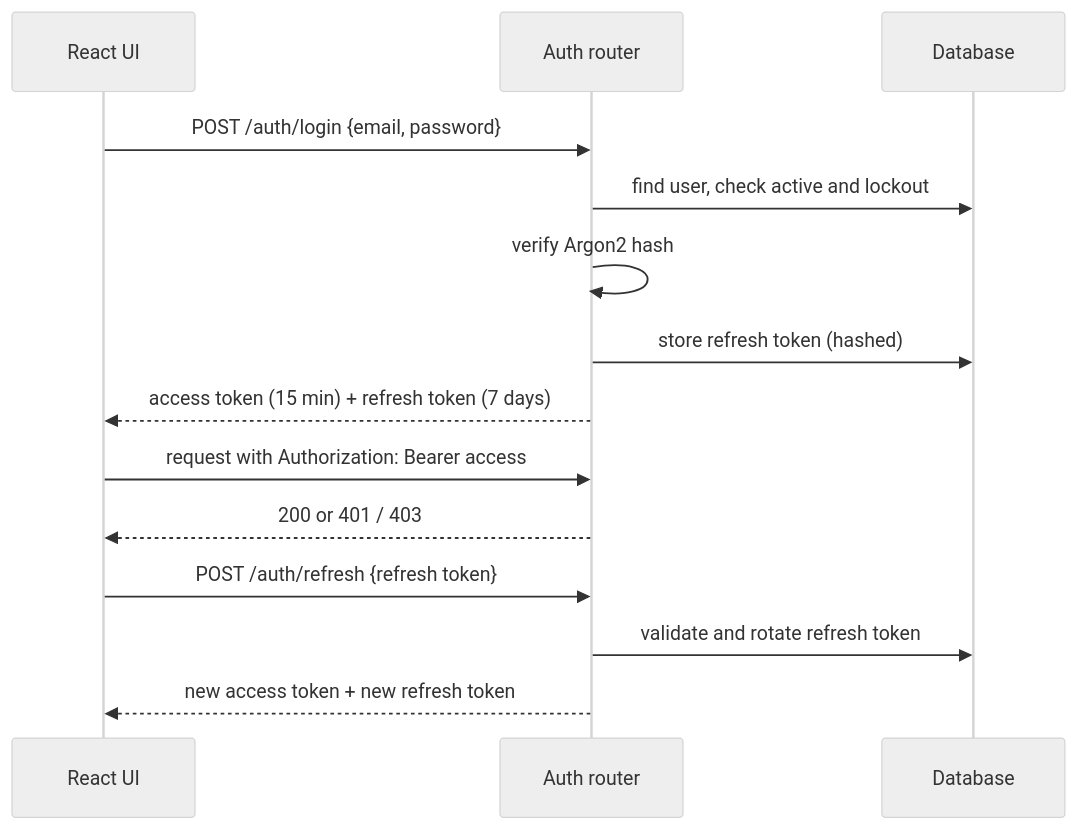
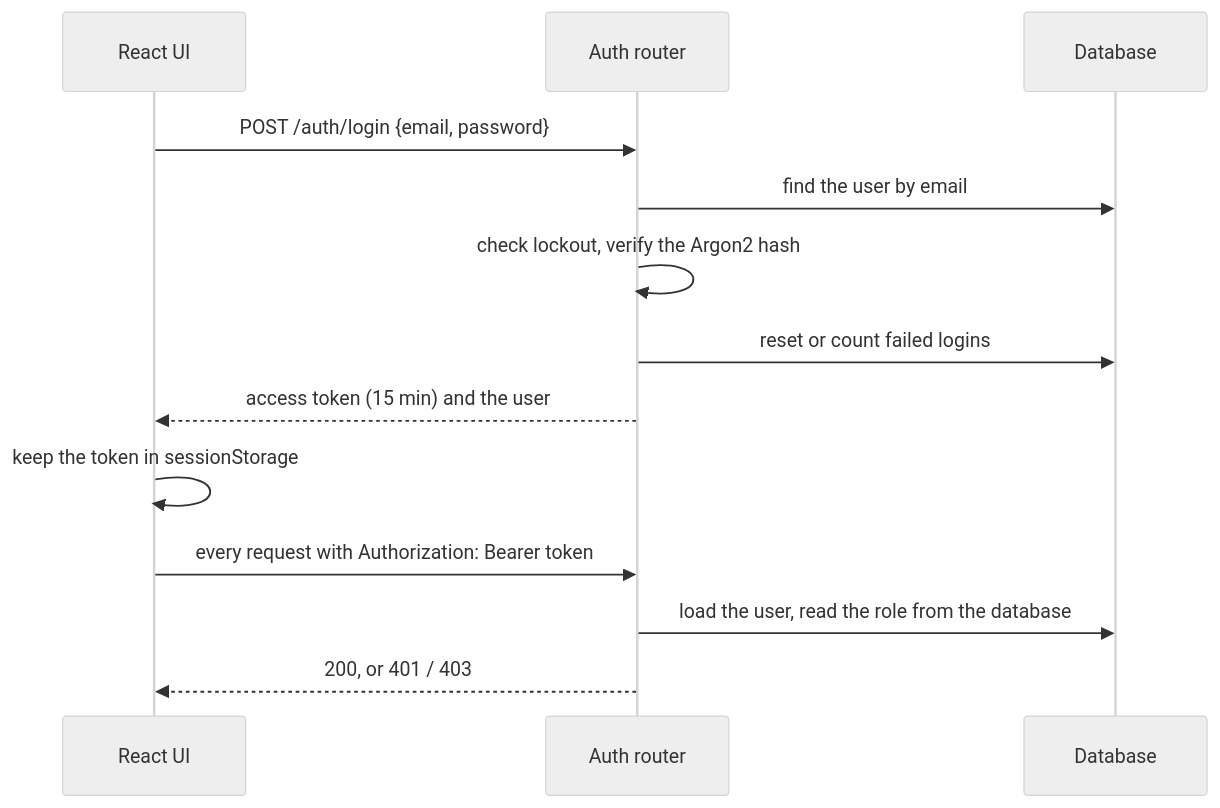
One commit to Mdhossain567/2312144-S6-CampusEats changed the third of 5 diagrams in docs/03-tdd.md. Above: the diagram before and after it, drawn with Mermaid (neutral theme). The commit also changed other lines of this file, not shown here.

````diff
--- a/docs/03-tdd.md
+++ b/docs/03-tdd.md
@@ -78,16 +81,15 @@
 ```mermaid
 sequenceDiagram
     participant UI as React UI
     participant API as Auth router
     participant DB as Database
     UI->>API: POST /auth/login {email, password}
-    API->>DB: find user, check active and lockout
-    API->>API: verify Argon2 hash
-    API->>DB: store refresh token (hashed)
-    API-->>UI: access token (15 min) + refresh token (7 days)
-    UI->>API: request with Authorization: Bearer access
-    API-->>UI: 200 or 401 / 403
-    UI->>API: POST /auth/refresh {refresh token}
-    API->>DB: validate and rotate refresh token
-    API-->>UI: new access token + new refresh token
+    API->>DB: find the user by email
+    API->>API: check lockout, verify the Argon2 hash
+    API->>DB: reset or count failed logins
+    API-->>UI: access token (15 min) and the user
+    UI->>UI: keep the token in sessionStorage
+    UI->>API: every request with Authorization: Bearer token
+    API->>DB: load the user, read the role from the database
+    API-->>UI: 200, or 401 / 403
 ```
````
